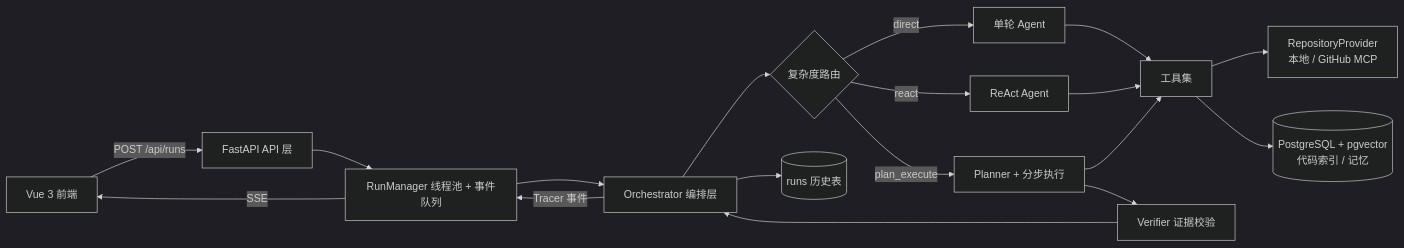
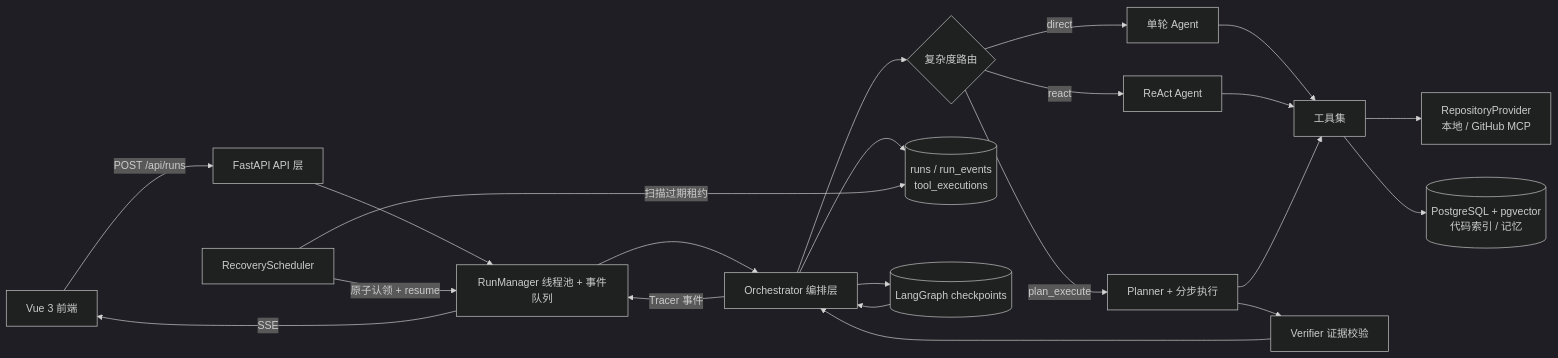
One commit to cmyorangeCoding/CodeInsight-Agent changed the first of 2 diagrams in README.md. Above: the diagram before and after it, drawn with Mermaid (dark theme). The commit also changed other lines of this file and 24 other files, not shown here.

````diff
--- a/README.md
+++ b/README.md
@@ -128,20 +134,24 @@
 ```mermaid
 flowchart LR
     U[Vue 3 前端] -->|POST /api/runs| API[FastAPI API 层]
     API --> TM[RunManager 线程池 + 事件队列]
     TM --> O[Orchestrator 编排层]
     O --> R{复杂度路由}
     R -->|direct| A1[单轮 Agent]
     R -->|react| A2[ReAct Agent]
     R -->|plan_execute| A3[Planner + 分步执行]
     A1 --> T[工具集]
     A2 --> T
     A3 --> T
     T --> P[RepositoryProvider<br/>本地 / GitHub MCP]
     T --> V[(PostgreSQL + pgvector<br/>代码索引 / 记忆)]
     A3 --> VF[Verifier 证据校验]
     VF --> O
     O -->|Tracer 事件| TM
     TM -->|SSE| U
-    O --> DB[(runs 历史表)]
+    O --> DB[(runs / run_events<br/>tool_executions)]
+    RS[RecoveryScheduler] -->|扫描过期租约| DB
+    RS -->|原子认领 + resume| TM
+    CP[(LangGraph checkpoints)] --> O
+    O --> CP
 ```
````
